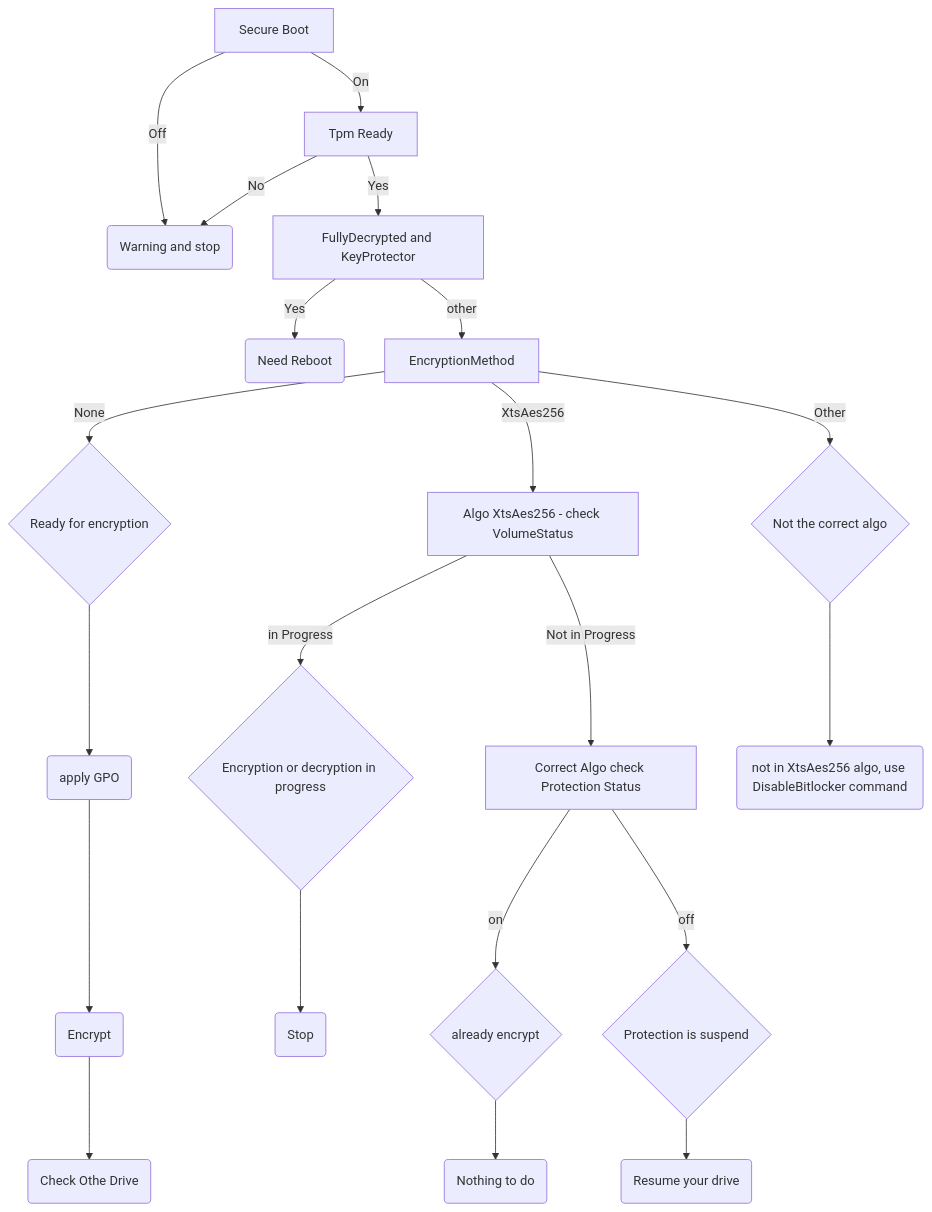
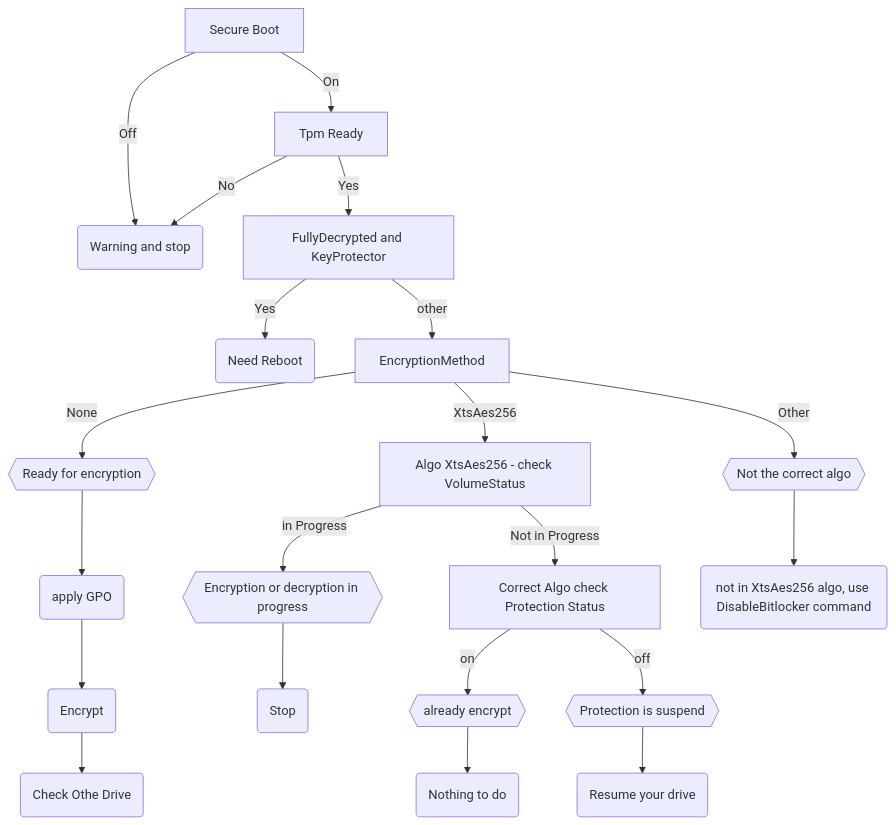
Before and after one commit to jl-oclinux/SecWinBatchMode: the diagram in dists/crypt-with-bitlocker/ALGORITHM.md, drawn with Mermaid.

Commit message:
thinner state in mermaid bitlocker alpgo [skip ci]

````diff
--- a/dists/crypt-with-bitlocker/ALGORITHM.md
+++ b/dists/crypt-with-bitlocker/ALGORITHM.md
@@ -3,19 +3,18 @@
 ```mermaid
 graph TD
    Node1[Secure Boot] -->|On| Node2
    Node1[Secure Boot] -->|Off| Node3(Warning and stop)
    Node2[Tpm Ready] --> |Yes|Node4
    Node2[Tpm Ready] --> |No|Node3
    Node4[FullyDecrypted and KeyProtector] --> |Yes|Reboot(Need Reboot)
    Node4[FullyDecrypted and KeyProtector] --> |other|Node5
    Node5[EncryptionMethod] --> |None| NodeNone
    Node5[EncryptionMethod] --> |XtsAes256| Node256
    Node5[EncryptionMethod] --> |Other| NodeOther
-   NodeNone{Ready for encryption} --> gpo(apply GPO) --> encrypt(Encrypt) --> OtherDrive(Check Othe Drive) 
-   Node256[Algo XtsAes256 - check VolumeStatus] --> |in Progress| InProgress{Encryption or decryption in progress} --> Stop(Stop)
+   NodeNone{{Ready for encryption}} --> gpo(apply GPO) --> encrypt(Encrypt) --> OtherDrive(Check Othe Drive) 
+   Node256[Algo XtsAes256 - check VolumeStatus] --> |in Progress| InProgress{{Encryption or decryption in progress}} --> Stop(Stop)
    Node256[Algo XtsAes256 - check VolumeStatus] --> |Not in Progress| NotProgress
-   NotProgress[Correct Algo check Protection Status] --> |on| already{already encrypt} --> nothing(Nothing to do)
-   NotProgress[Correct Algo check Protection Status] --> |off| suspend{Protection is suspend} --> resume(Resume your drive)
-   NodeOther{Not the correct algo} --> Not256(not in XtsAes256 algo, use DisableBitlocker command)
-
+   NotProgress[Correct Algo check Protection Status] --> |on| already{{already encrypt}} --> nothing(Nothing to do)
+   NotProgress[Correct Algo check Protection Status] --> |off| suspend{{Protection is suspend}} --> resume(Resume your drive)
+   NodeOther{{Not the correct algo}} --> Not256(not in XtsAes256 algo, use DisableBitlocker command)
   ``` 
````
